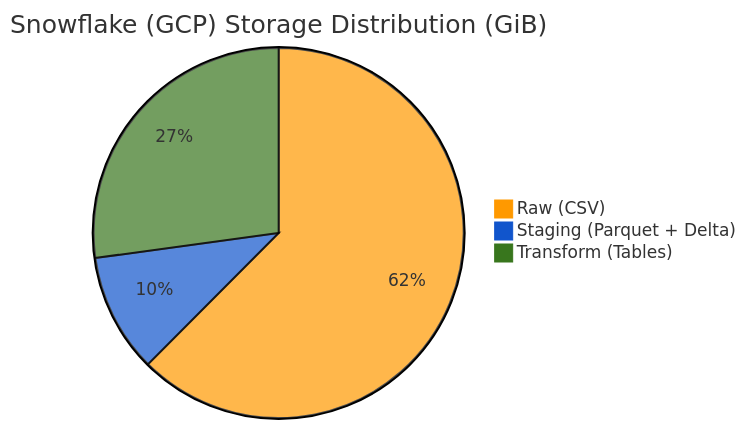
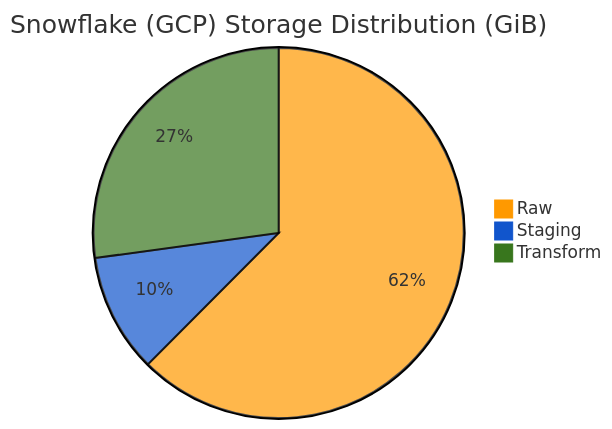
The third of 3 diagrams in README.md (nhudinh2103/Multi-platform-comparison-NYC-Taxi-dataset), drawn with Mermaid before and after one commit. The commit also changed other lines of this file, not shown here.

````diff
--- a/README.md
+++ b/README.md
@@ -297,8 +297,8 @@
 ```mermaid
 %%{init: {'theme': 'base', 'themeVariables': { 'pie1': '#ff9900', 'pie2': '#1155cc', 'pie3': '#38761d'}}}%%
 pie
     title Snowflake (GCP) Storage Distribution (GiB)
-    "Raw (CSV)" : 223.13
-    "Staging (Parquet + Delta)" : 37.08
-    "Transform (Tables)" : 97
+    "Raw" : 223.13
+    "Staging" : 37.08
+    "Transform" : 97
 ```
````
